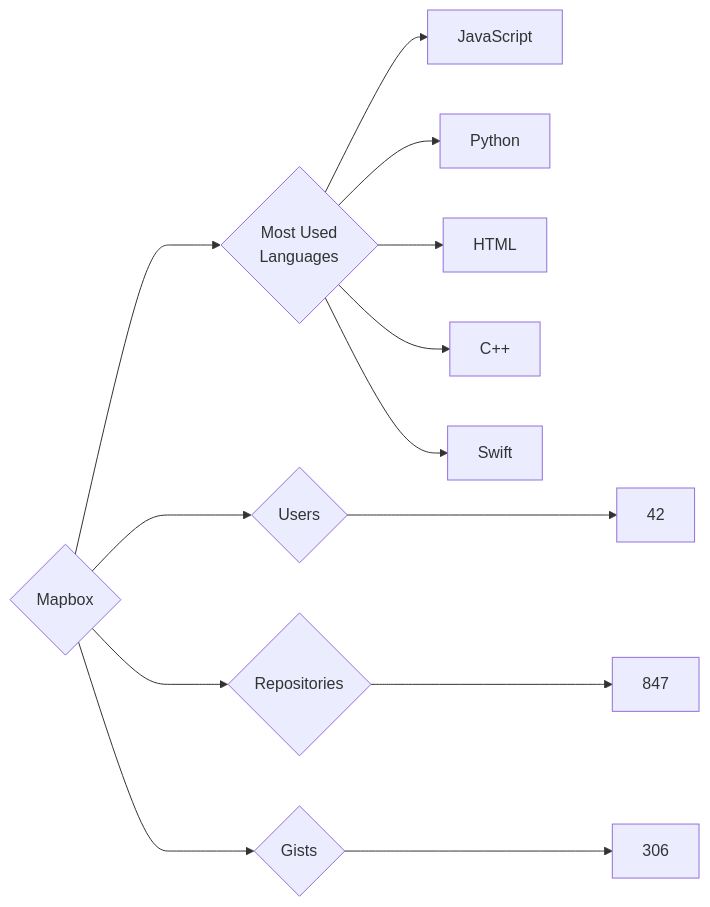
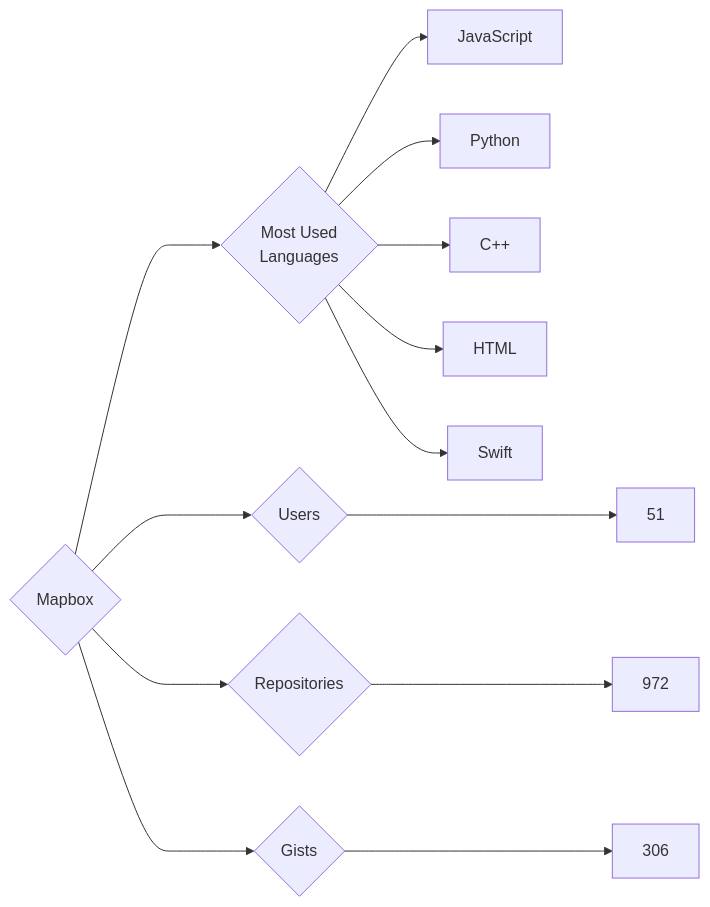
Before and after one commit to trickest/insiders: the diagram in targets/Mapbox/README.md, drawn with Mermaid. The commit also changed 888 other files, not shown here.

````diff
--- a/targets/Mapbox/README.md
+++ b/targets/Mapbox/README.md
@@ -3,13 +3,13 @@
 ```mermaid
 graph LR
 COMPANY_NAME{Mapbox}
-COMPANY_NAME ---> U{Users} ---> UN[42]
-COMPANY_NAME ---> R{Repositories} ---> RN[847]
+COMPANY_NAME ---> U{Users} ---> UN[51]
+COMPANY_NAME ---> R{Repositories} ---> RN[972]
 COMPANY_NAME ---> G{Gists} ---> GN[306]
 COMPANY_NAME ---> ML{Most Used<br>Languages}
 ML --> JavaScript[JavaScript]
 ML --> Python[Python]
+ML --> C++[C++]
 ML --> HTML[HTML]
-ML --> C++[C++]
 ML --> Swift[Swift]
 ```
````
